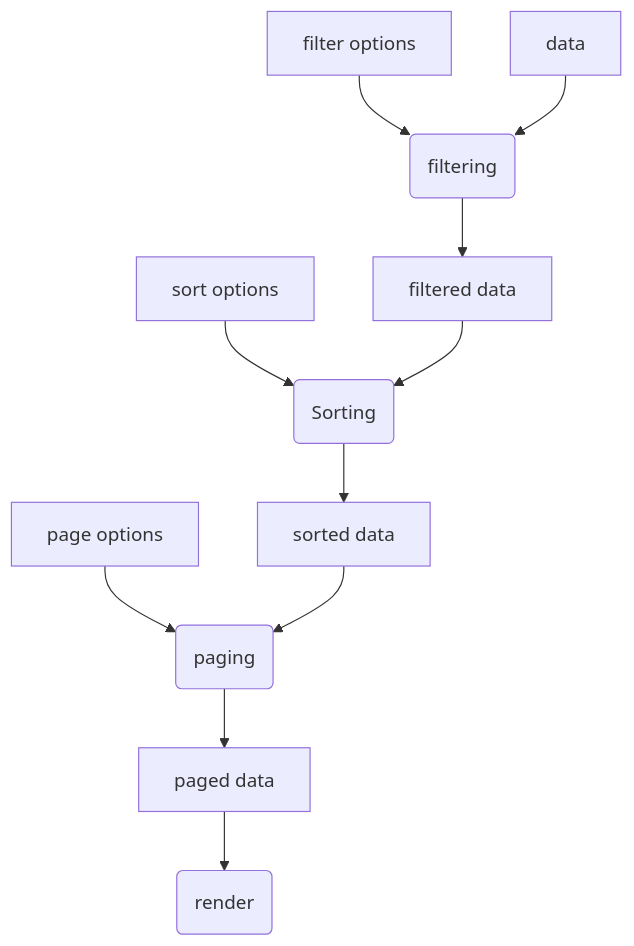
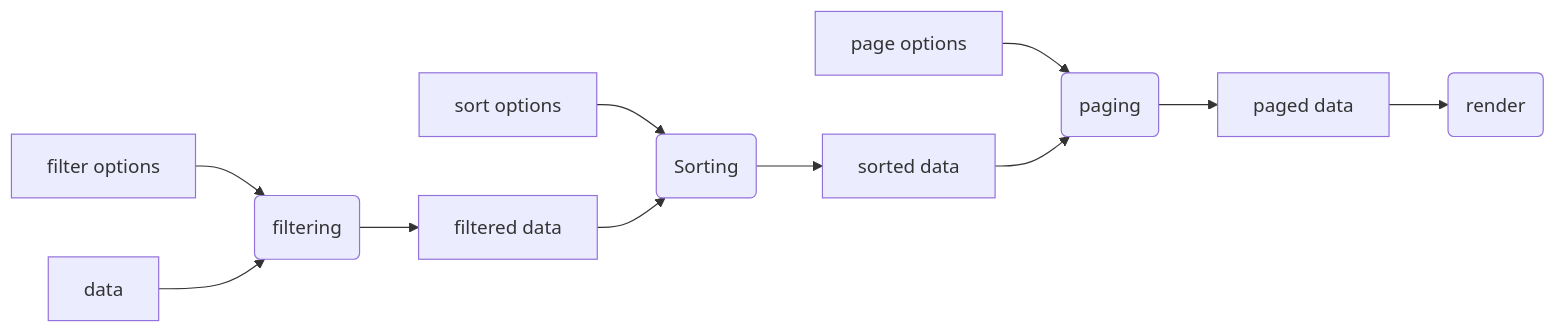
The diagram in docs/model.md (SimplyEdit/simplyflow), drawn with Mermaid before and after one commit.

Commit message:
Update model.md
improved mermaid diagram

````diff
--- a/docs/model.md
+++ b/docs/model.md
@@ -28,13 +28,18 @@
 ```mermaid
-flowchart TD
-    D[filter options] --> X
-    A[data] --> X(filtering)
+flowchart LR
+    A[data]
+		B[sort options]
+		D[filter options]
+		C[page options]
+
+	D --> X
+    A --> X(filtering)
     X --> X2[filtered data]
-    B[sort options] --> Y(Sorting)
+    B --> Y(Sorting)
     X2 --> Y
     Y --> A2[sorted data]
-    C[page options] --> Z(paging)
+    C --> Z(paging)
     Z --> A3[paged data]
     A2 --> Z
     A3 --> E(render)
 ```
````
